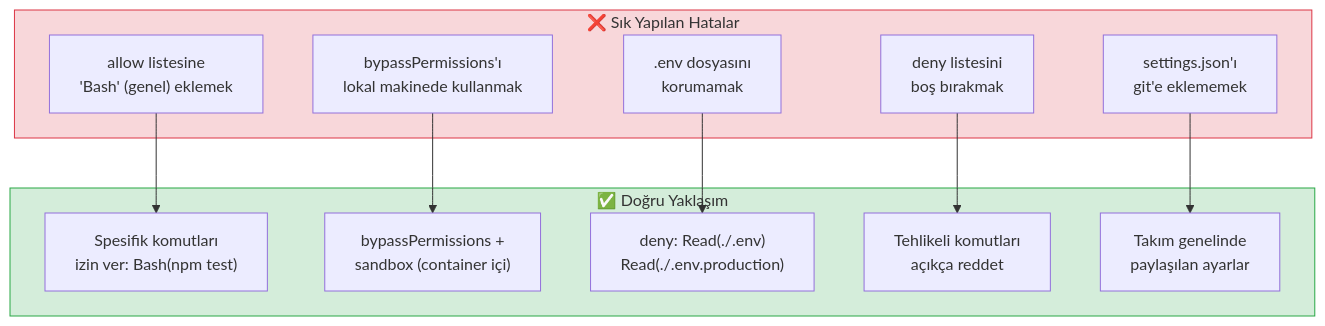
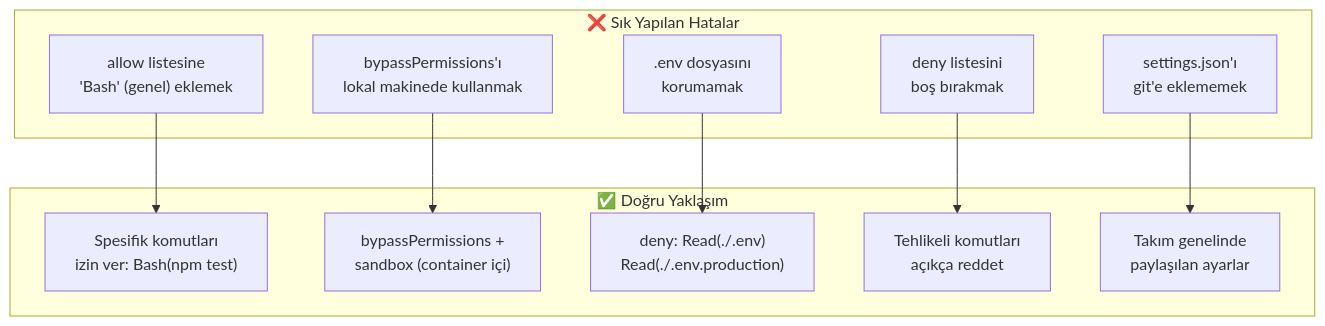
The fifth of 5 diagrams in 10-izinler-ve-guvenlik/05-guvenlik-en-iyi-uygulamalar.md (IzzetYasinAtes/ClaudeCodeHandbook), drawn with Mermaid before and after one commit. The commit also changed other lines of this file and 97 other files, not shown here.

Commit message:
Remove all custom Mermaid style/fill colors from 98 markdown files for consistent dark theme rendering

````diff
--- a/10-izinler-ve-guvenlik/05-guvenlik-en-iyi-uygulamalar.md
+++ b/10-izinler-ve-guvenlik/05-guvenlik-en-iyi-uygulamalar.md
@@ -552,27 +544,25 @@
 ```mermaid
 flowchart TD
     subgraph hatalar ["❌ Sık Yapılan Hatalar"]
         H1["allow listesine<br/>'Bash' (genel) eklemek"]
         H2["bypassPermissions'ı<br/>lokal makinede kullanmak"]
         H3[".env dosyasını<br/>korumamak"]
         H4["deny listesini<br/>boş bırakmak"]
         H5["settings.json'ı<br/>git'e eklememek"]
     end
 
     subgraph dogru ["✅ Doğru Yaklaşım"]
         D1["Spesifik komutları<br/>izin ver: Bash(npm test)"]
         D2["bypassPermissions +<br/>sandbox (container içi)"]
         D3["deny: Read(./.env)<br/>Read(./.env.production)"]
         D4["Tehlikeli komutları<br/>açıkça reddet"]
         D5["Takım genelinde<br/>paylaşılan ayarlar"]
     end
 
     H1 --> D1
     H2 --> D2
     H3 --> D3
     H4 --> D4
     H5 --> D5
 
-    style hatalar fill:#f8d7da,stroke:#dc3545
-    style dogru fill:#d4edda,stroke:#28a745
 ```
````
